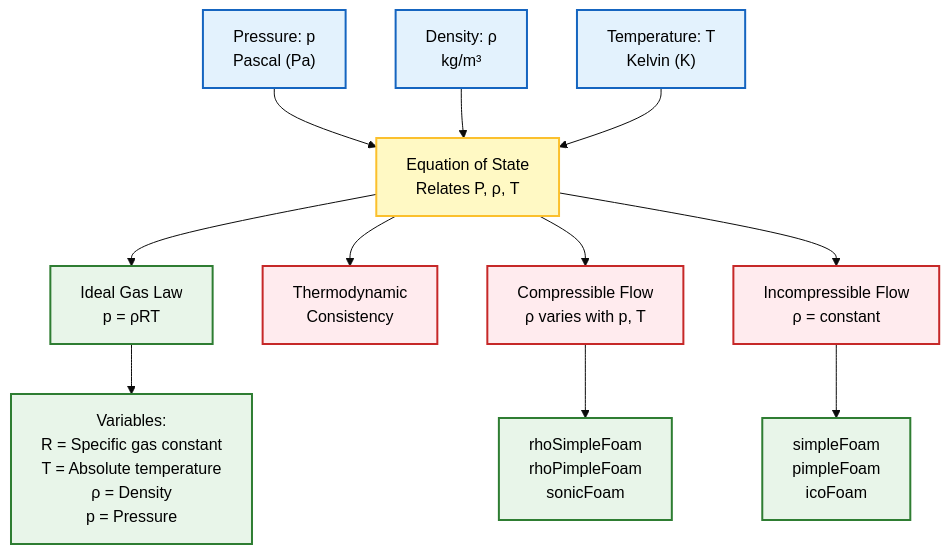
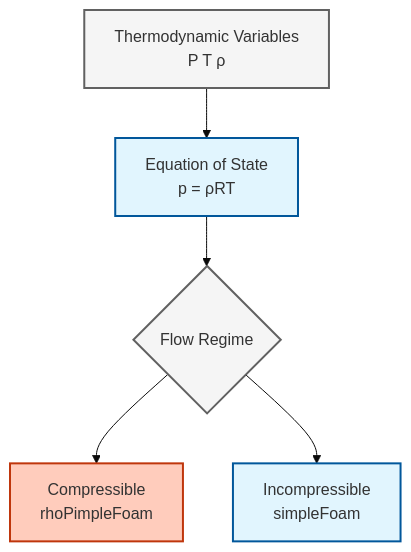
One commit to wramet/build-my-cfd changed the first of 2 diagrams in MODULE_01_CFD_FUNDAMENTALS/CONTENT/01_GOVERNING_EQUATIONS/03_Equation_of_State.md. Above: the diagram before and after it, drawn with Mermaid (base theme). The commit also changed other lines of this file and 313 other files, not shown here.

Commit message:
Revise all diagram

````diff
--- a/MODULE_01_CFD_FUNDAMENTALS/CONTENT/01_GOVERNING_EQUATIONS/03_Equation_of_State.md
+++ b/MODULE_01_CFD_FUNDAMENTALS/CONTENT/01_GOVERNING_EQUATIONS/03_Equation_of_State.md
@@ -16,26 +16,16 @@
 ```mermaid
 graph TD
-    P["Pressure: p<br/>Pascal (Pa)"] --> E["Equation of State<br/>Relates P, ρ, T"]
-    RHO["Density: ρ<br/>kg/m³"] --> E
-    T["Temperature: T<br/>Kelvin (K)"] --> E
-    E --> IDEAL["Ideal Gas Law<br/>p = ρRT"]
-    IDEAL --> VARIABLES["Variables:<br/>R = Specific gas constant<br/>T = Absolute temperature<br/>ρ = Density<br/>p = Pressure"]
-    E --> THERMO["Thermodynamic<br/>Consistency"]
+classDef implicit fill:#e1f5fe,stroke:#01579b,stroke-width:2px
+classDef explicit fill:#ffccbc,stroke:#bf360c,stroke-width:2px
+classDef context fill:#f5f5f5,stroke:#616161,stroke-width:2px
+Vars["Thermodynamic Variables<br/>P T ρ"]:::context
+EOS["Equation of State<br/>p = ρRT"]:::implicit
+Regime{"Flow Regime"}:::context
+Comp["Compressible<br/>rhoPimpleFoam"]:::explicit
+Incomp["Incompressible<br/>simpleFoam"]:::implicit
 
-    E --> COMP["Compressible Flow<br/>ρ varies with p, T"]
-    E --> INCOMP["Incompressible Flow<br/>ρ = constant"]
-
-    COMP --> SOLVER1["rhoSimpleFoam<br/>rhoPimpleFoam<br/>sonicFoam"]
-    INCOMP --> SOLVER2["simpleFoam<br/>pimpleFoam<br/>icoFoam"]
-
-    %% Styling Definitions
-    classDef process fill:#e3f2fd,stroke:#1565c0,stroke-width:2px,color:#000;
-    classDef decision fill:#fff9c4,stroke:#fbc02d,stroke-width:2px,color:#000;
-    classDef terminator fill:#ffebee,stroke:#c62828,stroke-width:2px,color:#000;
-    classDef storage fill:#e8f5e9,stroke:#2e7d32,stroke-width:2px,color:#000;
-
-    class P,RHO,T process
-    class E decision
-    class IDEAL,VARIABLES,SOLVER1,SOLVER2 storage
-    class THERMO,COMP,INCOMP terminator
+Vars --> EOS
+EOS --> Regime
+Regime --> Comp
+Regime --> Incomp
 ```
````
